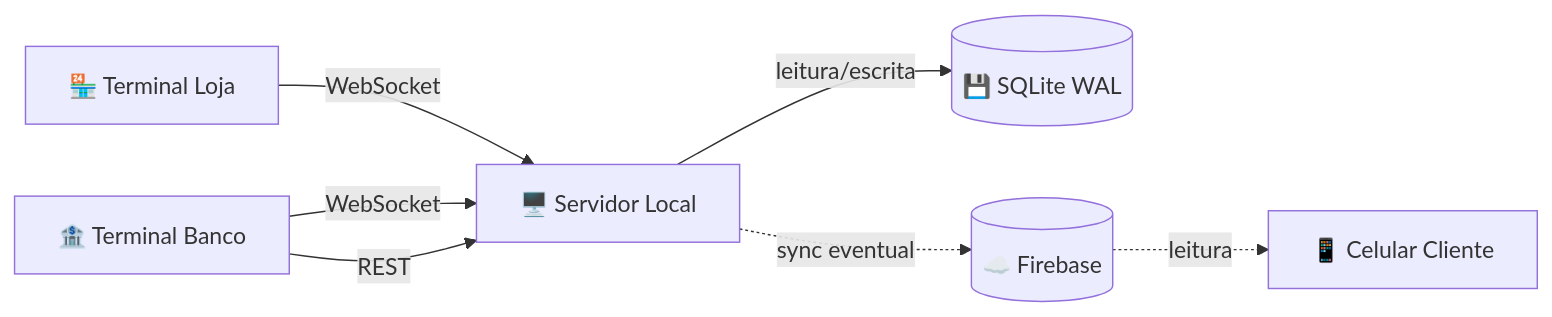
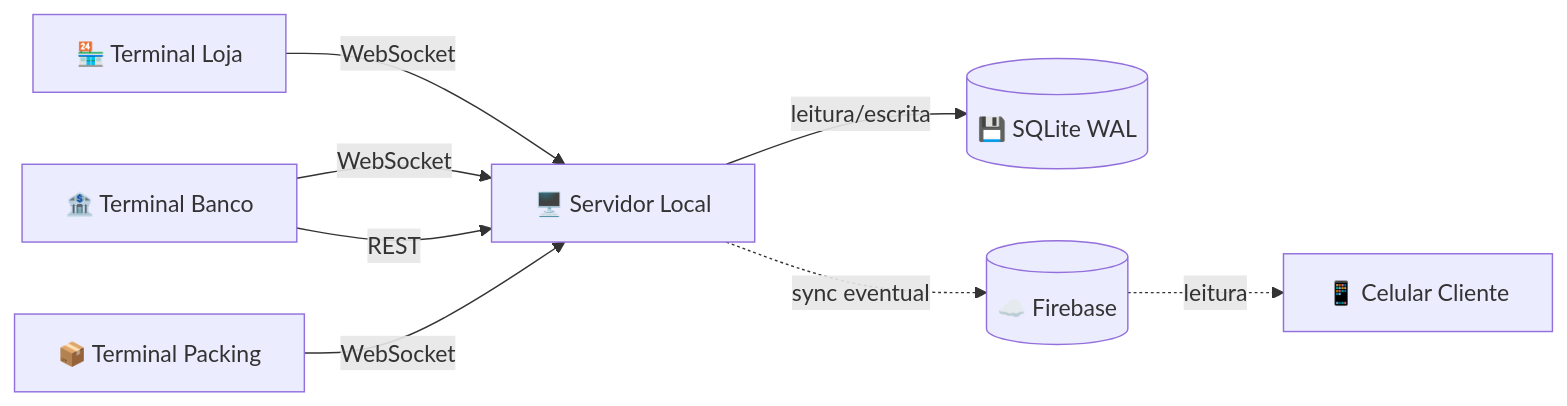
The diagram in README.md (fiorionrails/feira-da-troca), drawn with Mermaid before and after one commit. The commit also changed other lines of this file, not shown here.

````diff
--- a/README.md
+++ b/README.md
@@ -88,9 +120,10 @@
 ```mermaid
 graph LR
     A["🏪 Terminal Loja"] -- WebSocket --> B["🖥️ Servidor Local"]
     F["🏦 Terminal Banco"] -- WebSocket --> B
     F -- REST --> B
+    G["📦 Terminal Packing"] -- WebSocket --> B
     B -- "leitura/escrita" --> C[("💾 SQLite WAL")]
     B -. "sync eventual" .-> D[("☁️ Firebase")]
     D -. "leitura" .-> E["📱 Celular Cliente"]
 ```
````
